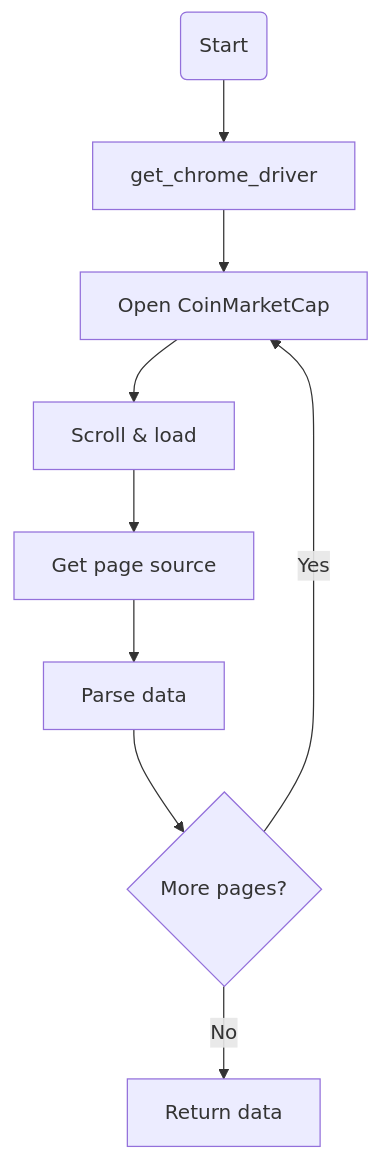
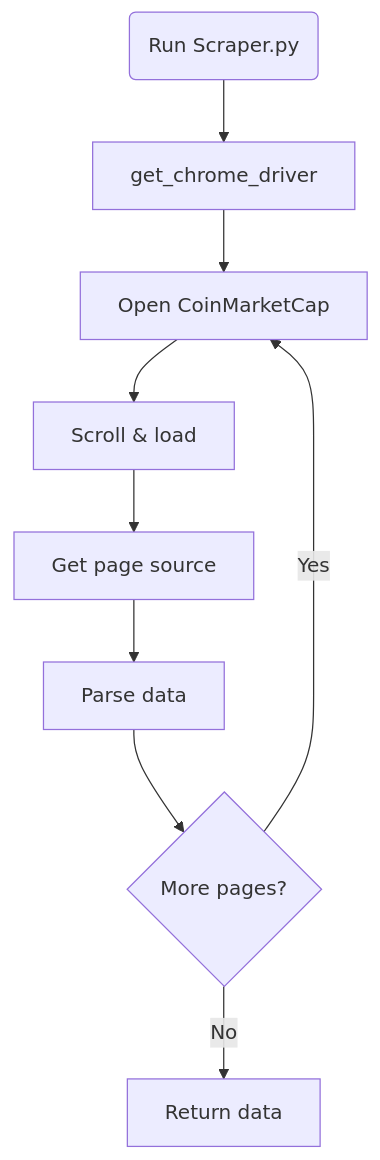
The diagram in ARCHITECTURE_Diagram.md (ZohaibJavaid32/coinmarket_scraping_project), drawn with Mermaid before and after one commit.

Commit message:
Update architecture diagram to reflect script name change

````diff
--- a/ARCHITECTURE_Diagram.md
+++ b/ARCHITECTURE_Diagram.md
@@ -1,11 +1,11 @@
 ```mermaid
 flowchart TD
-    A(Start) --> B[get_chrome_driver]
+    A(Run Scraper.py) --> B[get_chrome_driver]
     B --> C[Open CoinMarketCap]
     C --> D[Scroll & load]
     D --> E[Get page source]
     E --> F[Parse data]
     F --> G{More pages?}
     G -->|Yes| C
     G -->|No| H[Return data]
 ```
````
